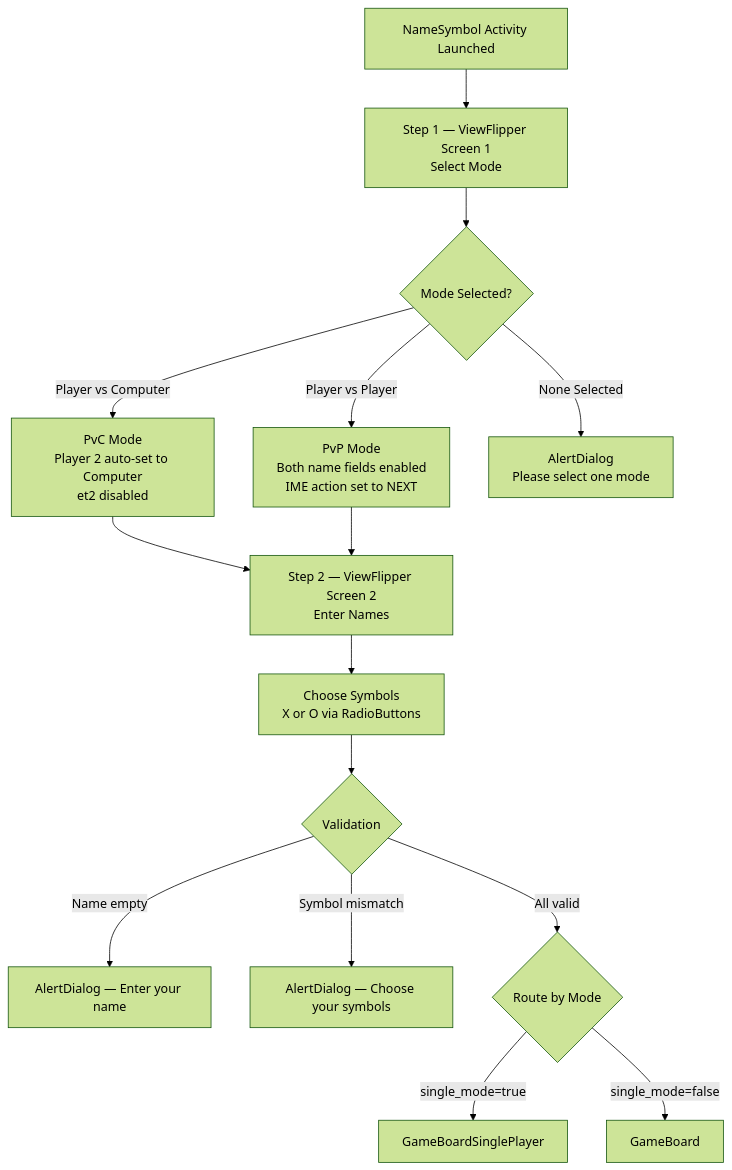
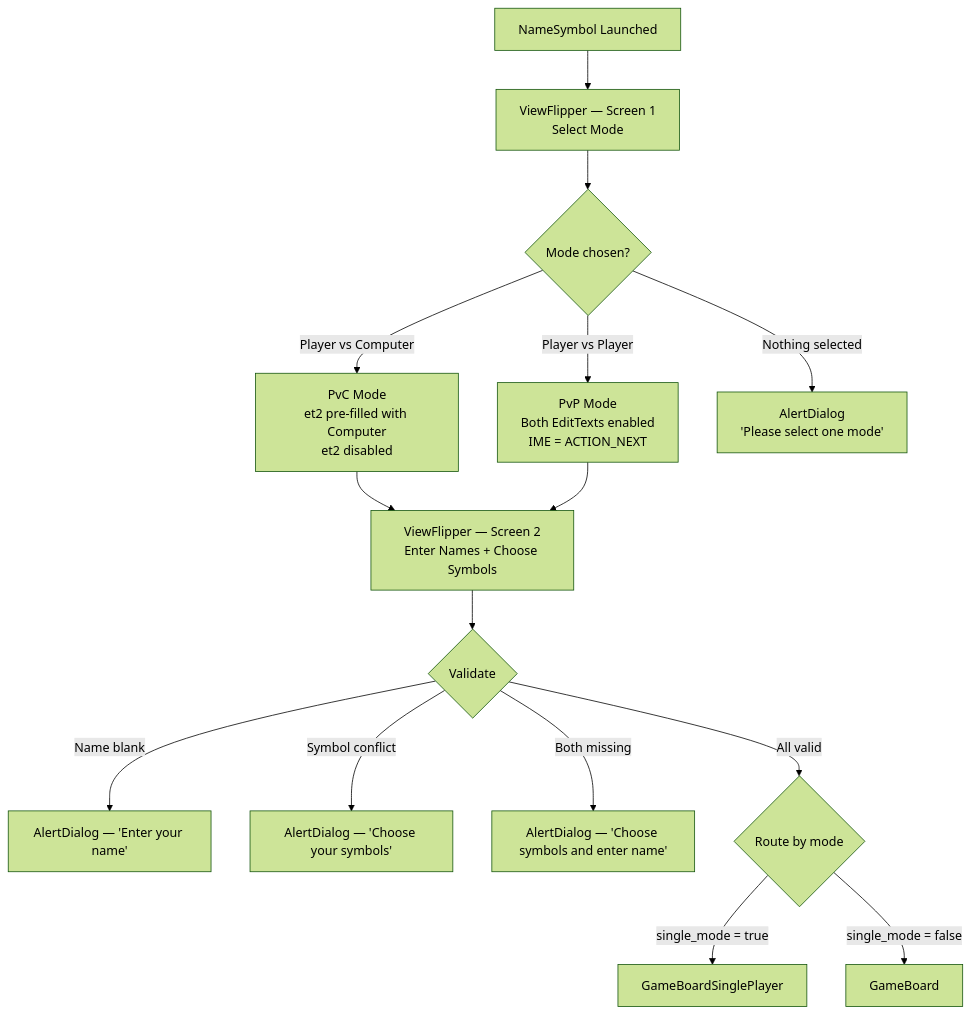
The first of 4 diagrams in README.md (kumarpiyushraj/Tic-Tac-Toe), drawn with Mermaid (forest theme) before and after one commit. The commit also changed other lines of this file, not shown here.

````diff
--- a/README.md
+++ b/README.md
@@ -160,17 +157,17 @@
 ```mermaid
 graph TD
-    A[NameSymbol Activity Launched] --> B[Step 1 — ViewFlipper Screen 1<br/>Select Mode]
-    B --> C{Mode Selected?}
-    C -->|Player vs Computer| D[PvC Mode<br/>Player 2 auto-set to Computer<br/>et2 disabled]
-    C -->|Player vs Player| E[PvP Mode<br/>Both name fields enabled<br/>IME action set to NEXT]
-    C -->|None Selected| F[AlertDialog<br/>Please select one mode]
-    D --> G[Step 2 — ViewFlipper Screen 2<br/>Enter Names]
+    A[NameSymbol Launched] --> B[ViewFlipper — Screen 1<br/>Select Mode]
+    B --> C{Mode chosen?}
+    C -->|Player vs Computer| D[PvC Mode<br/>et2 pre-filled with Computer<br/>et2 disabled]
+    C -->|Player vs Player| E[PvP Mode<br/>Both EditTexts enabled<br/>IME = ACTION_NEXT]
+    C -->|Nothing selected| F[AlertDialog<br/>'Please select one mode']
+    D --> G[ViewFlipper — Screen 2<br/>Enter Names + Choose Symbols]
     E --> G
-    G --> H[Choose Symbols<br/>X or O via RadioButtons]
-    H --> I{Validation}
-    I -->|Name empty| J[AlertDialog — Enter your name]
-    I -->|Symbol mismatch| K[AlertDialog — Choose your symbols]
-    I -->|All valid| L{Route by Mode}
-    L -->|single_mode=true| M[GameBoardSinglePlayer]
-    L -->|single_mode=false| N[GameBoard]
+    G --> H{Validate}
+    H -->|Name blank| I[AlertDialog — 'Enter your name']
+    H -->|Symbol conflict| J[AlertDialog — 'Choose your symbols']
+    H -->|Both missing| K[AlertDialog — 'Choose symbols and enter name']
+    H -->|All valid| L{Route by mode}
+    L -->|single_mode = true| M[GameBoardSinglePlayer]
+    L -->|single_mode = false| N[GameBoard]
 ```
````
